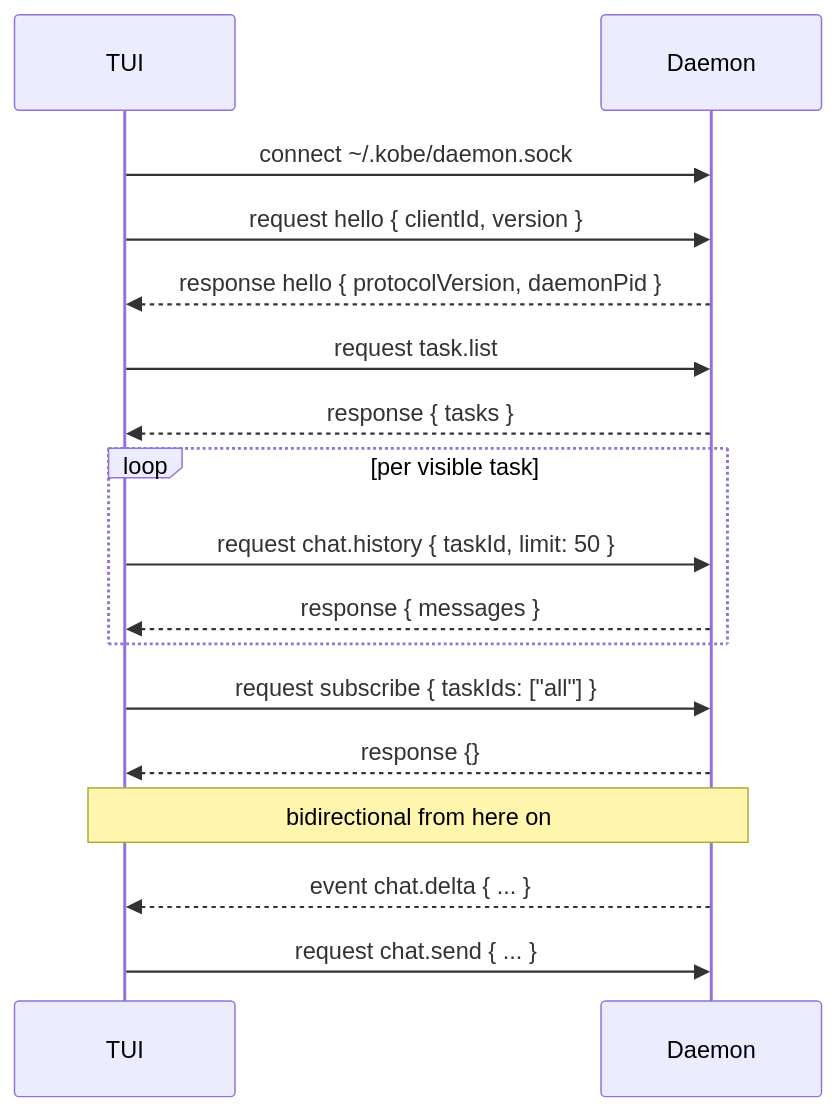
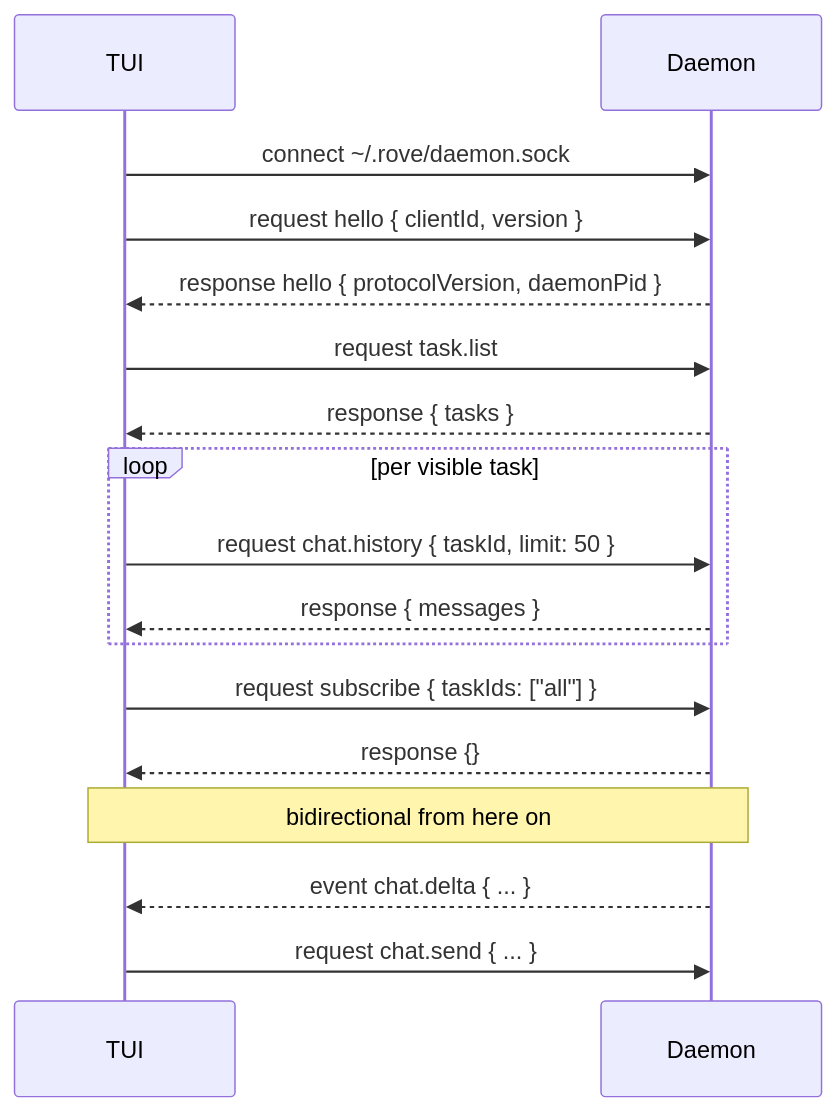
The second of 2 diagrams in docs/design/daemon.md (Sma1lboy/rove), drawn with Mermaid before and after one commit. The commit also changed other lines of this file and 198 other files, not shown here.

````diff
--- a/docs/design/daemon.md
+++ b/docs/design/daemon.md
@@ -142,24 +142,24 @@
 ```mermaid
 sequenceDiagram
   participant TUI
   participant Daemon
 
-  TUI->>Daemon: connect ~/.kobe/daemon.sock
+  TUI->>Daemon: connect ~/.rove/daemon.sock
   TUI->>Daemon: request hello { clientId, version }
   Daemon-->>TUI: response hello { protocolVersion, daemonPid }
 
   TUI->>Daemon: request task.list
   Daemon-->>TUI: response { tasks }
 
   loop per visible task
     TUI->>Daemon: request chat.history { taskId, limit: 50 }
     Daemon-->>TUI: response { messages }
   end
 
   TUI->>Daemon: request subscribe { taskIds: ["all"] }
   Daemon-->>TUI: response {}
 
   Note over TUI,Daemon: bidirectional from here on
   Daemon-->>TUI: event chat.delta { ... }
   TUI->>Daemon: request chat.send { ... }
 ```
````
